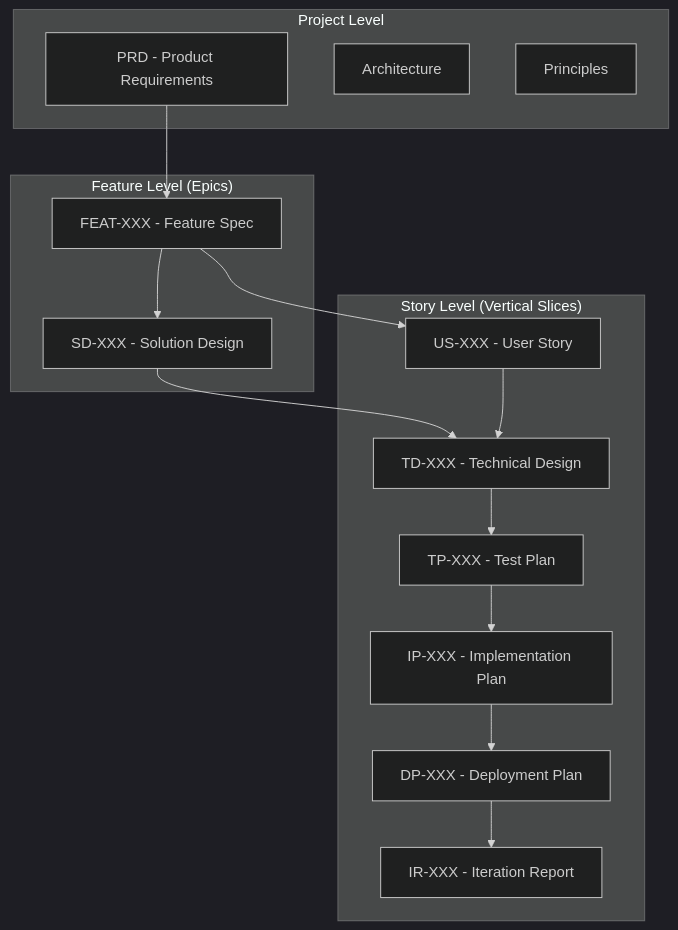
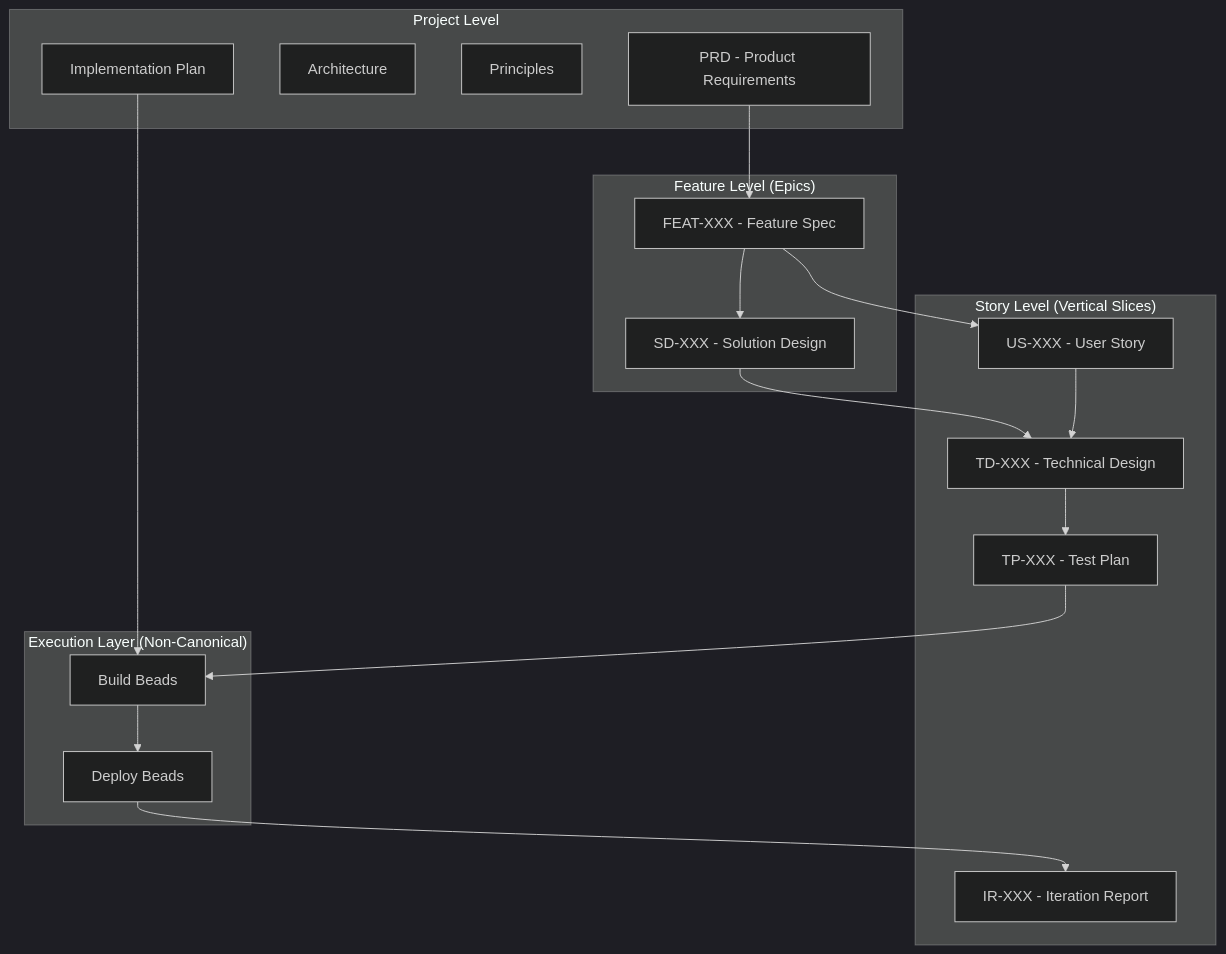
Before and after one commit to easel/ddx-library: the diagram in workflows/helix/artifact-hierarchy.md, drawn with Mermaid (dark theme). The commit also changed other lines of this file and 48 other files, not shown here.

First line of the commit message:
Align HELIX around upstream Beads and add execution controls

````diff
--- a/workflows/helix/artifact-hierarchy.md
+++ b/workflows/helix/artifact-hierarchy.md
@@ -28,28 +50,34 @@
 ```mermaid
 graph TD
     subgraph "Project Level"
         PRD[PRD - Product Requirements]
         ARCH[Architecture]
         PRINCIPLES[Principles]
+        IMP[Implementation Plan]
     end
 
     subgraph "Feature Level (Epics)"
         FEAT[FEAT-XXX - Feature Spec]
         SD[SD-XXX - Solution Design]
     end
 
     subgraph "Story Level (Vertical Slices)"
         US[US-XXX - User Story]
         TD[TD-XXX - Technical Design]
         TP[TP-XXX - Test Plan]
-        IP[IP-XXX - Implementation Plan]
-        DP[DP-XXX - Deployment Plan]
         IR[IR-XXX - Iteration Report]
+    end
+
+    subgraph "Execution Layer (Non-Canonical)"
+        BB[Build Beads]
+        DB[Deploy Beads]
     end
 
     PRD --> FEAT
     FEAT --> US
     FEAT --> SD
     SD --> TD
-    US --> TD --> TP --> IP --> DP --> IR
+    US --> TD --> TP
+    IMP --> BB
+    TP --> BB --> DB --> IR
 ```
````
